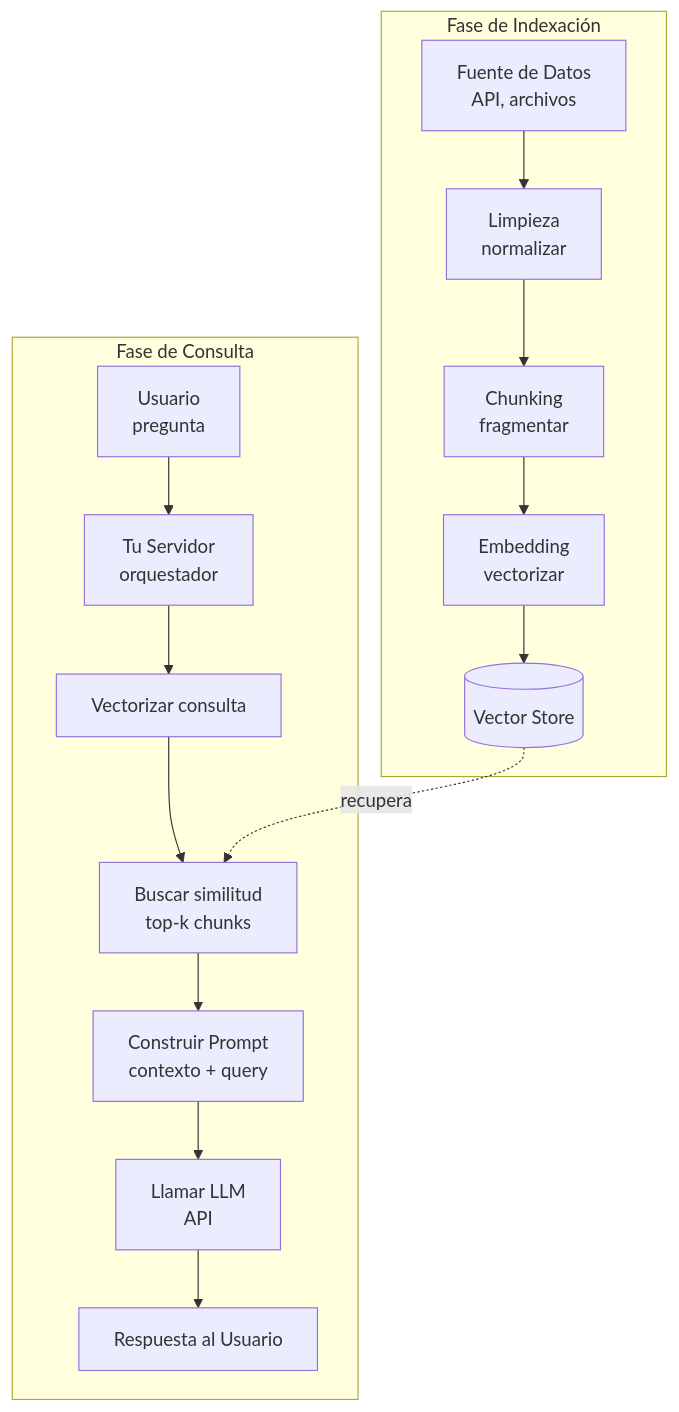
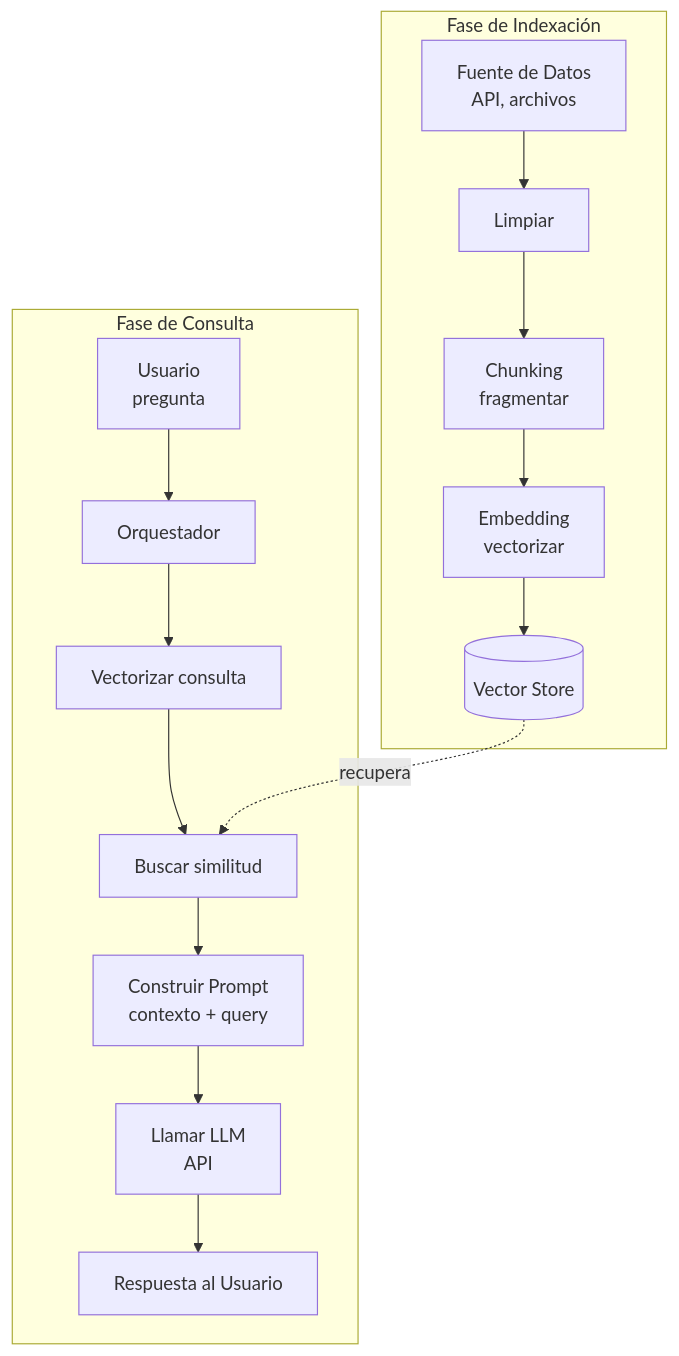
One commit to lf-hernandez/lf-hernandez.github.io changed the first of 2 diagrams in content/posts/simple-rag.es.md. Above: the diagram before and after it, drawn with Mermaid. The commit also changed other lines of this file and 1 other file, not shown here.

Commit message:
content(rag-es): add hook heading, medical example, and clean up diagrams

````diff
--- a/content/posts/simple-rag.es.md
+++ b/content/posts/simple-rag.es.md
@@ -46,19 +48,19 @@
 ```mermaid
 flowchart TB
     subgraph Indexacion["Fase de Indexación"]
-        A[Fuente de Datos<br/>API, archivos] --> B[Limpieza<br/>normalizar]
+        A[Fuente de Datos<br/>API, archivos] --> B[Limpiar]
         B --> C[Chunking<br/>fragmentar]
         C --> D[Embedding<br/>vectorizar]
         D --> E[(Vector Store)]
     end
 
     subgraph Consulta["Fase de Consulta"]
-        U[Usuario<br/>pregunta] --> S[Tu Servidor<br/>orquestador]
+        U[Usuario<br/>pregunta] --> S[Orquestador]
         S --> Q[Vectorizar consulta]
-        Q --> R[Buscar similitud<br/>top-k chunks]
+        Q --> R[Buscar similitud]
         E -.recupera.-> R
         R --> P[Construir Prompt<br/>contexto + query]
         P --> L[Llamar LLM<br/>API]
         L --> Resp[Respuesta al Usuario]
     end
 ```
````
